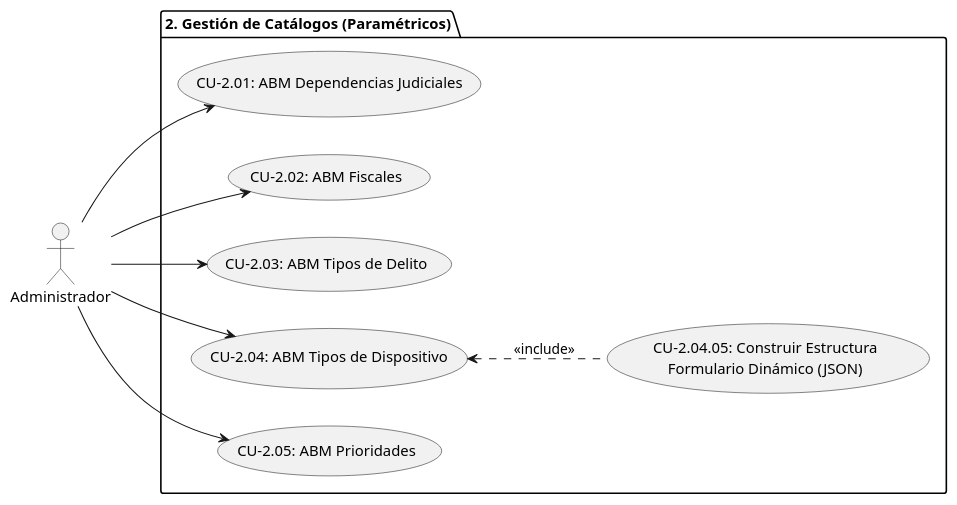
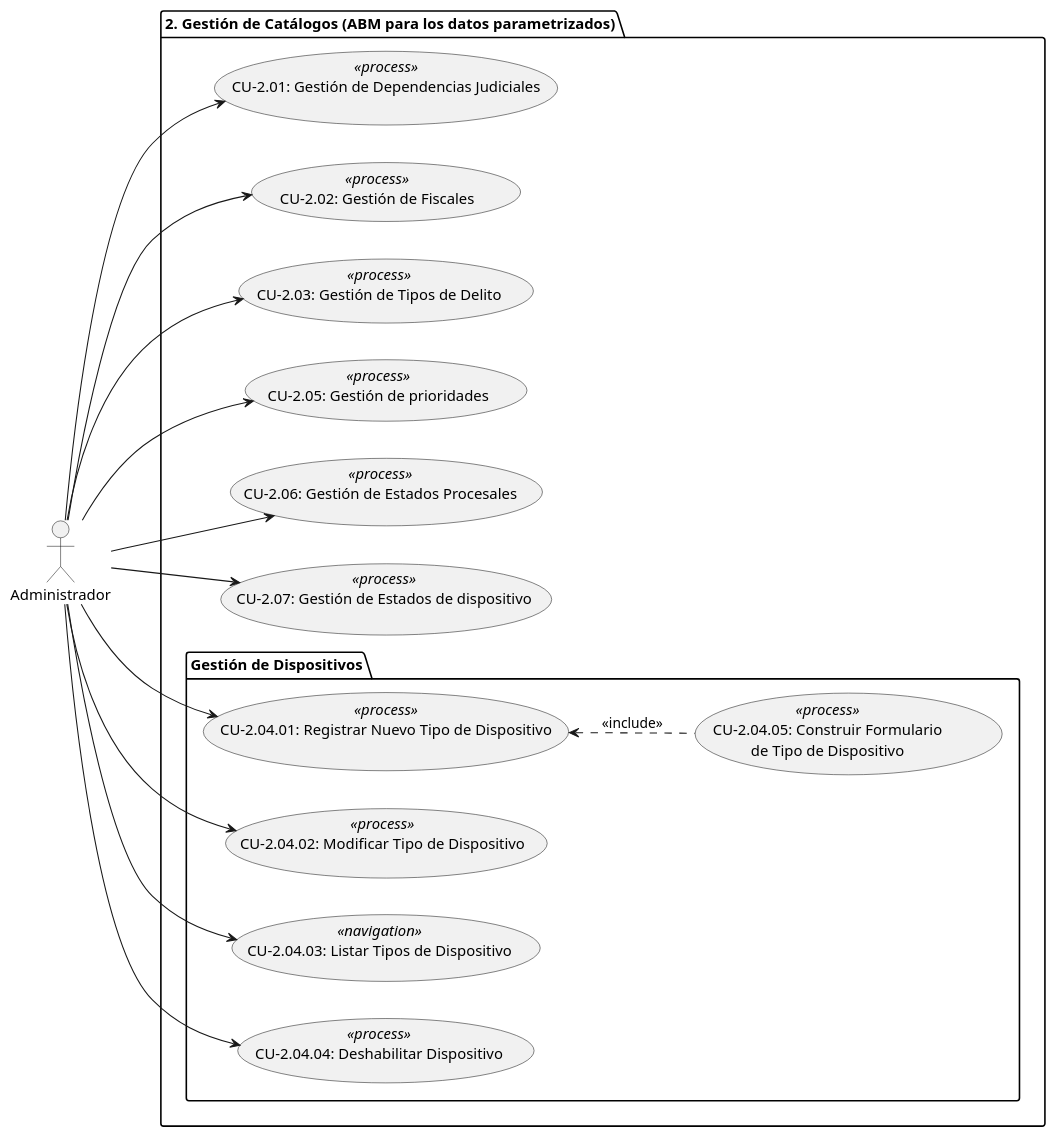
One commit to c4lvar3z7/Doc-ForenSys changed the diagram in CU2.puml. Above: the diagram before and after it, drawn with PlantUML. The commit also changed 10 other files, not shown here.

Commit message:
agregado y actualizados diagramas de CU

```diff
--- a/CU2.puml
+++ b/CU2.puml
@@ -1,22 +1,39 @@
 @startuml
 left to right direction
 
 actor :Administrador: as Admin
 
-package "2. Gestión de Catálogos (Paramétricos)" {
-    usecase "CU-2.01: ABM Dependencias Judiciales" as CU_2_01
-    usecase "CU-2.02: ABM Fiscales" as CU_2_02
-    usecase "CU-2.03: ABM Tipos de Delito" as CU_2_03
-    usecase "CU-2.04: ABM Tipos de Dispositivo" as CU_2_04
-    usecase "CU-2.04.05: Construir Estructura\nFormulario Dinámico (JSON)" as CU_2_04_05
-    usecase "CU-2.05: ABM Prioridades" as CU_2_05
+package "2. Gestión de Catálogos (ABM para los datos parametrizados)" {
     
-    CU_2_04 <.. CU_2_04_05 : <<include>>
+    usecase "CU-2.01: Gestión de Dependencias Judiciales" as CU_2_01 <<process>>
+    usecase "CU-2.02: Gestión de Fiscales" as CU_2_02 <<process>>
+    usecase "CU-2.03: Gestión de Tipos de Delito" as CU_2_03 <<process>>
+    
+    package "Gestión de Dispositivos" {
+        usecase "CU-2.04.01: Registrar Nuevo Tipo de Dispositivo" as CU_2_04_01 <<process>>
+        usecase "CU-2.04.02: Modificar Tipo de Dispositivo" as CU_2_04_02 <<process>>
+        usecase "CU-2.04.03: Listar Tipos de Dispositivo" as CU_2_04_03 <<navigation>>
+        usecase "CU-2.04.04: Deshabilitar Dispositivo" as CU_2_04_04 <<process>>
+        usecase "CU-2.04.05: Construir Formulario\nde Tipo de Dispositivo" as CU_2_04_05 <<process>>
+        
+        CU_2_04_01 <.. CU_2_04_05 : <<include>>
+    }
+    
+    usecase "CU-2.05: Gestión de prioridades" as CU_2_05 <<process>>
+    usecase "CU-2.06: Gestión de Estados Procesales" as CU_2_06 <<process>>
+    usecase "CU-2.07: Gestión de Estados de dispositivo" as CU_2_07 <<process>>
 }
 
 Admin --> CU_2_01
 Admin --> CU_2_02
 Admin --> CU_2_03
-Admin --> CU_2_04
+
+Admin --> CU_2_04_01
+Admin --> CU_2_04_02
+Admin --> CU_2_04_03
+Admin --> CU_2_04_04
+
 Admin --> CU_2_05
+Admin --> CU_2_06
+Admin --> CU_2_07
 @endum
```
